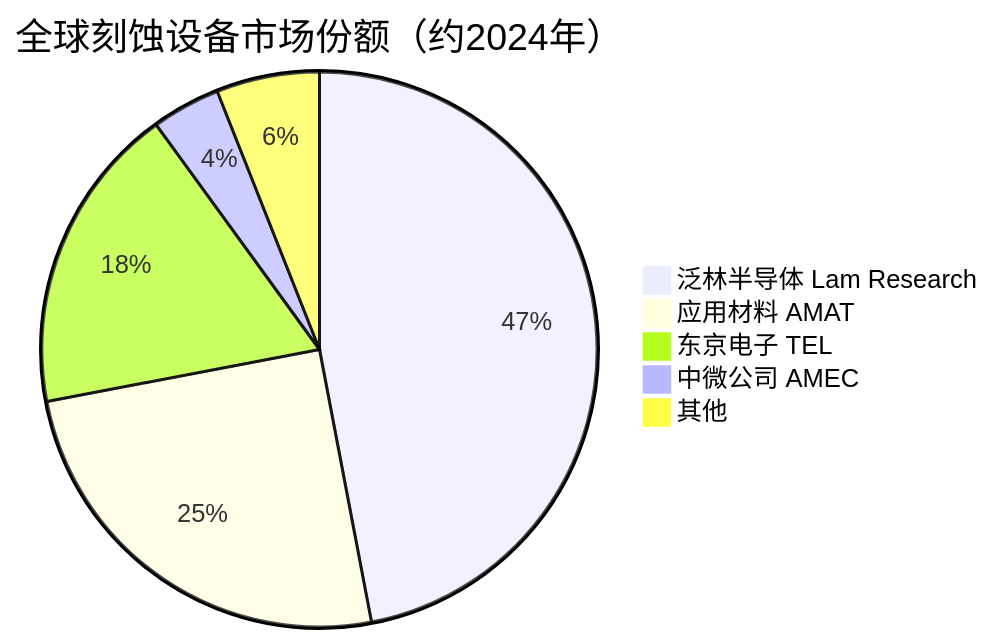
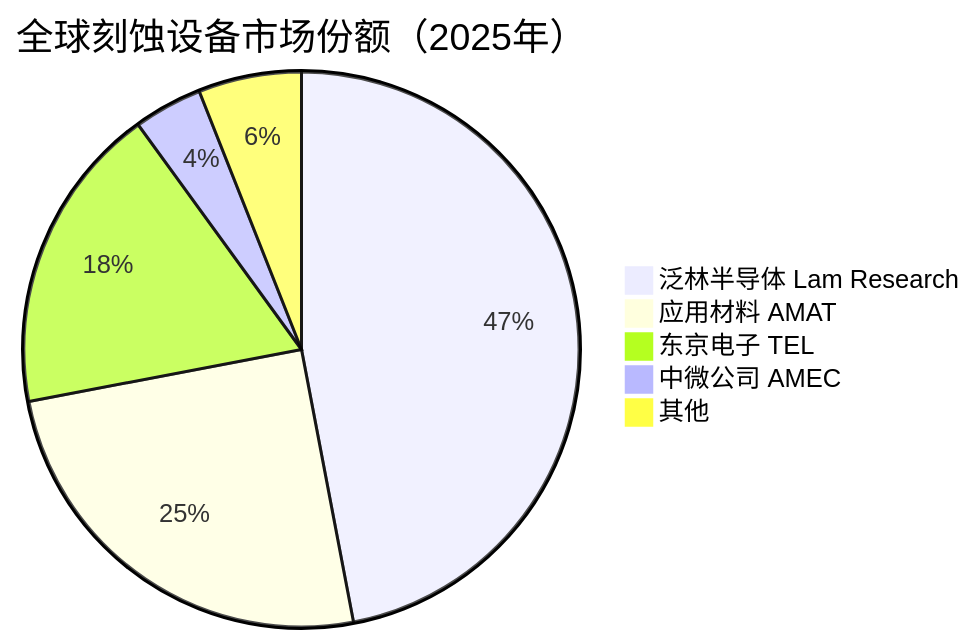
One commit to blueprint1453/industry-insight changed the third of 3 diagrams in 存储产业链/上游/刻蚀设备.md. Above: the diagram before and after it, drawn with Mermaid. The commit also changed other lines of this file and 78 other files, not shown here.

````diff
--- a/存储产业链/上游/刻蚀设备.md
+++ b/存储产业链/上游/刻蚀设备.md
@@ -94,8 +94,8 @@
 ```mermaid
-pie title 全球刻蚀设备市场份额（约2024年）
+pie title 全球刻蚀设备市场份额（2025年）
     "泛林半导体 Lam Research" : 47
     "应用材料 AMAT" : 25
     "东京电子 TEL" : 18
     "中微公司 AMEC" : 4
     "其他" : 6
 ```
````
